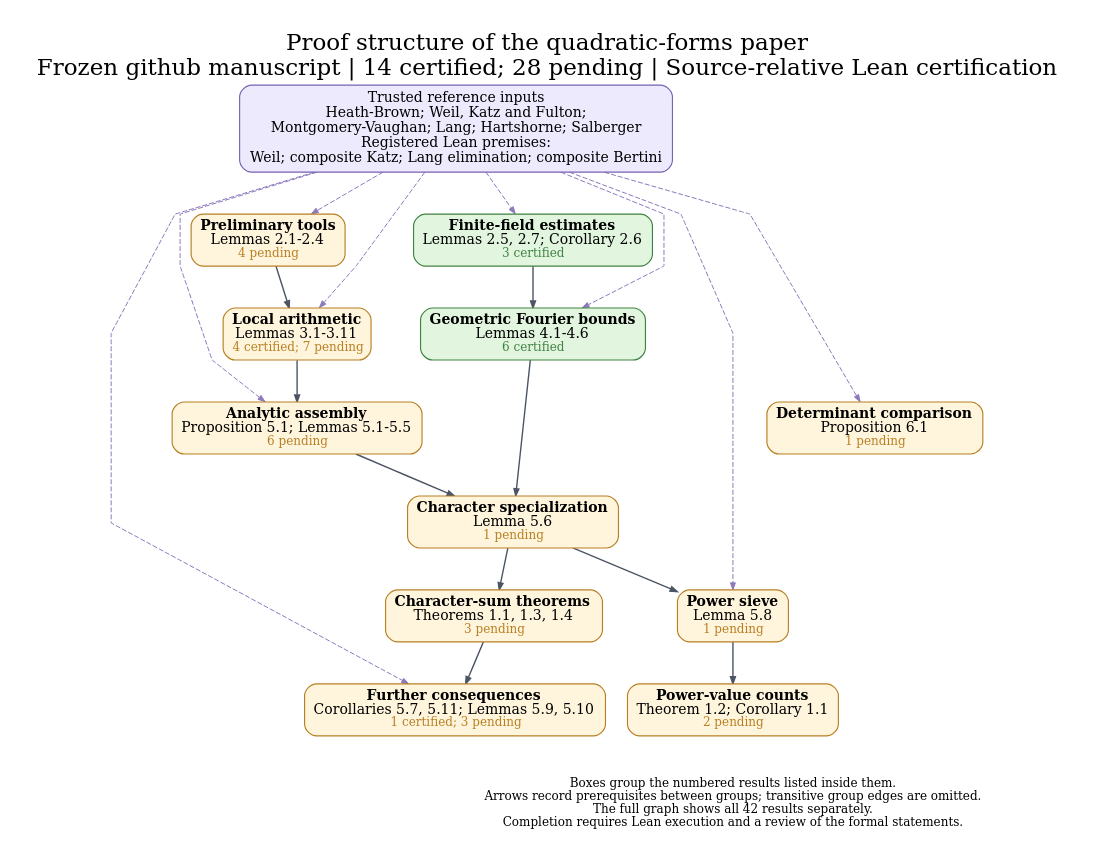
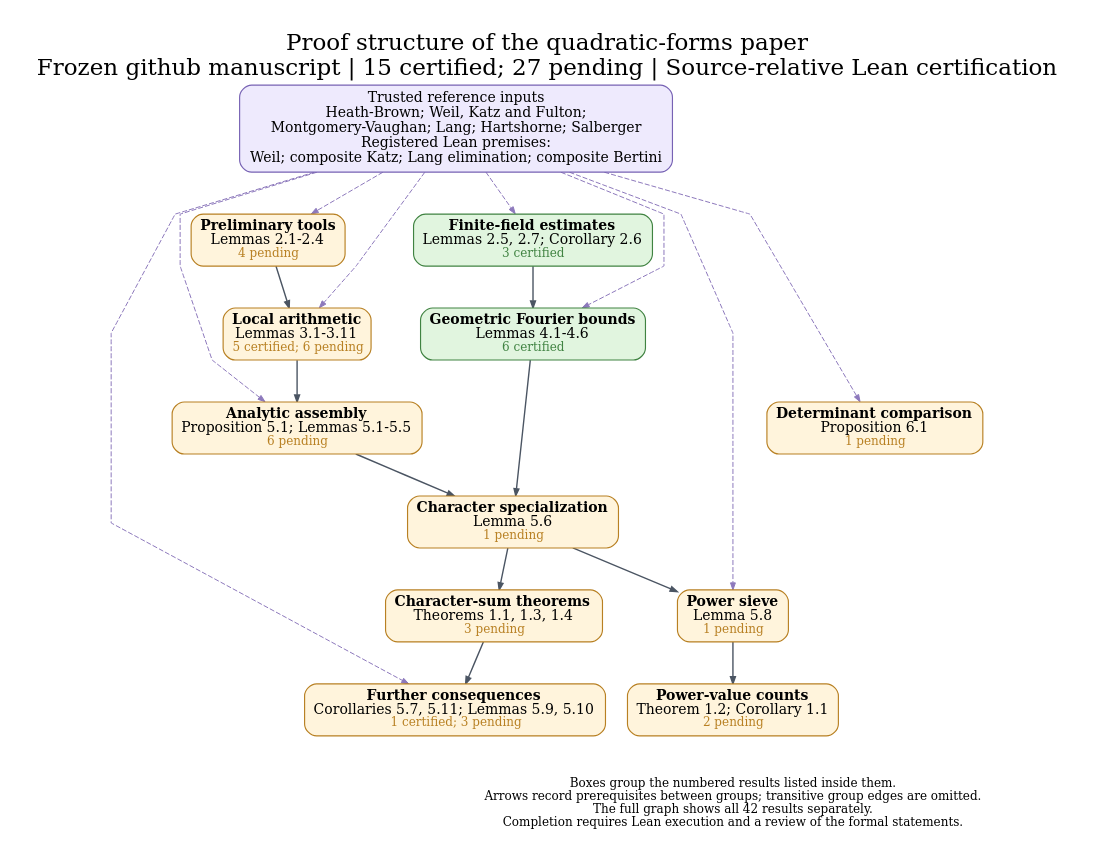
The diagram in docs/dependency_overview.dot (nicolasrobles/quaternary-quadratic-forms), drawn with Graphviz before and after one commit. The commit also changed 32 other files, not shown here.

```diff
--- a/docs/dependency_overview.dot
+++ b/docs/dependency_overview.dot
@@ -1,43 +1,43 @@
 digraph Overview {
 graph [rankdir=TB, newrank=true, compound=true, outputorder=edgesfirst,
   bgcolor="white", fontname="DejaVu Serif", fontsize=23, labelloc=t,
-  label="Proof structure of the quadratic-forms paper\nFrozen github manuscript | 14 certified; 28 pending | Source-relative Lean certification",
+  label="Proof structure of the quadratic-forms paper\nFrozen github manuscript | 15 certified; 27 pending | Source-relative Lean certification",
   nodesep=0.30, ranksep=0.58, pad=0.28, splines=polyline];
 node [shape=box, style="rounded,filled", fillcolor="#fff4dc", color="#b88023",
   fontname="DejaVu Serif", fontsize=14, penwidth=1.15, margin="0.12,0.09"];
 edge [color="#4b5563", arrowsize=0.70, penwidth=1.05];
 sources [label="Trusted reference inputs\nHeath-Brown; Weil, Katz and Fulton;\nMontgomery-Vaughan; Lang; Hartshorne; Salberger\nRegistered Lean premises:\nWeil; composite Katz; Lang elimination; composite Bertini", fillcolor="#eeeafd", color="#7762b4", fontsize=14];
 "prelim" [label=<<B>Preliminary tools</B><BR/>Lemmas 2.1-2.4<BR/><FONT POINT-SIZE="12" COLOR="#b88023">4 pending</FONT>>, fillcolor="#fff4dc", color="#b88023", URL="https://github.com/nicolasrobles/quaternary-quadratic-forms/blob/main/INVENTORY.md", target="_blank"];
 "finite" [label=<<B>Finite-field estimates</B><BR/>Lemmas 2.5, 2.7; Corollary 2.6<BR/><FONT POINT-SIZE="12" COLOR="#408342">3 certified</FONT>>, fillcolor="#e1f5df", color="#408342", URL="https://github.com/nicolasrobles/quaternary-quadratic-forms/blob/main/INVENTORY.md", target="_blank"];
-"local" [label=<<B>Local arithmetic</B><BR/>Lemmas 3.1-3.11<BR/><FONT POINT-SIZE="12" COLOR="#b88023">4 certified; 7 pending</FONT>>, fillcolor="#fff4dc", color="#b88023", URL="https://github.com/nicolasrobles/quaternary-quadratic-forms/blob/main/INVENTORY.md", target="_blank"];
+"local" [label=<<B>Local arithmetic</B><BR/>Lemmas 3.1-3.11<BR/><FONT POINT-SIZE="12" COLOR="#b88023">5 certified; 6 pending</FONT>>, fillcolor="#fff4dc", color="#b88023", URL="https://github.com/nicolasrobles/quaternary-quadratic-forms/blob/main/INVENTORY.md", target="_blank"];
 "fourier" [label=<<B>Geometric Fourier bounds</B><BR/>Lemmas 4.1-4.6<BR/><FONT POINT-SIZE="12" COLOR="#408342">6 certified</FONT>>, fillcolor="#e1f5df", color="#408342", URL="https://github.com/nicolasrobles/quaternary-quadratic-forms/blob/main/INVENTORY.md", target="_blank"];
 "analytic" [label=<<B>Analytic assembly</B><BR/>Proposition 5.1; Lemmas 5.1-5.5<BR/><FONT POINT-SIZE="12" COLOR="#b88023">6 pending</FONT>>, fillcolor="#fff4dc", color="#b88023", URL="https://github.com/nicolasrobles/quaternary-quadratic-forms/blob/main/INVENTORY.md", target="_blank"];
 "characters" [label=<<B>Character specialization</B><BR/>Lemma 5.6<BR/><FONT POINT-SIZE="12" COLOR="#b88023">1 pending</FONT>>, fillcolor="#fff4dc", color="#b88023", URL="https://github.com/nicolasrobles/quaternary-quadratic-forms/blob/main/INVENTORY.md", target="_blank"];
 "sieve" [label=<<B>Power sieve</B><BR/>Lemma 5.8<BR/><FONT POINT-SIZE="12" COLOR="#b88023">1 pending</FONT>>, fillcolor="#fff4dc", color="#b88023", URL="https://github.com/nicolasrobles/quaternary-quadratic-forms/blob/main/INVENTORY.md", target="_blank"];
 "consequences" [label=<<B>Further consequences</B><BR/>Corollaries 5.7, 5.11; Lemmas 5.9, 5.10<BR/><FONT POINT-SIZE="12" COLOR="#b88023">1 certified; 3 pending</FONT>>, fillcolor="#fff4dc", color="#b88023", URL="https://github.com/nicolasrobles/quaternary-quadratic-forms/blob/main/INVENTORY.md", target="_blank"];
 "maincharacters" [label=<<B>Character-sum theorems</B><BR/>Theorems 1.1, 1.3, 1.4<BR/><FONT POINT-SIZE="12" COLOR="#b88023">3 pending</FONT>>, fillcolor="#fff4dc", color="#b88023", URL="https://github.com/nicolasrobles/quaternary-quadratic-forms/blob/main/INVENTORY.md", target="_blank"];
 "mainpowers" [label=<<B>Power-value counts</B><BR/>Theorem 1.2; Corollary 1.1<BR/><FONT POINT-SIZE="12" COLOR="#b88023">2 pending</FONT>>, fillcolor="#fff4dc", color="#b88023", URL="https://github.com/nicolasrobles/quaternary-quadratic-forms/blob/main/INVENTORY.md", target="_blank"];
 "fixed" [label=<<B>Determinant comparison</B><BR/>Proposition 6.1<BR/><FONT POINT-SIZE="12" COLOR="#b88023">1 pending</FONT>>, fillcolor="#fff4dc", color="#b88023", URL="https://github.com/nicolasrobles/quaternary-quadratic-forms/blob/main/INVENTORY.md", target="_blank"];
 "analytic" -> "characters" [penwidth=1.4];
 "characters" -> "maincharacters" [penwidth=1.4];
 "characters" -> "sieve" [penwidth=1.4];
 "finite" -> "fourier" [penwidth=1.4];
 "fourier" -> "characters" [penwidth=1.4];
 "local" -> "analytic" [penwidth=1.4];
 "maincharacters" -> "consequences" [penwidth=1.4];
 "prelim" -> "local" [penwidth=1.4];
 "sieve" -> "mainpowers" [penwidth=1.4];
 sources -> "analytic" [style=dashed, color="#8d79bc", penwidth=1.0];
 sources -> "consequences" [style=dashed, color="#8d79bc", penwidth=1.0];
 sources -> "finite" [style=dashed, color="#8d79bc", penwidth=1.0];
 sources -> "fixed" [style=dashed, color="#8d79bc", penwidth=1.0];
 sources -> "fourier" [style=dashed, color="#8d79bc", penwidth=1.0];
 sources -> "local" [style=dashed, color="#8d79bc", penwidth=1.0];
 sources -> "prelim" [style=dashed, color="#8d79bc", penwidth=1.0];
 sources -> "sieve" [style=dashed, color="#8d79bc", penwidth=1.0];
 legend [shape=plain, style="", label="Boxes group the numbered results listed inside them.\nArrows record prerequisites between groups; transitive group edges are omitted.\nThe full graph shows all 42 results separately.\nCompletion requires Lean execution and a review of the formal statements.", fontsize=12];
 {rank=sink; legend;}
 "consequences" -> legend [style=invis];
 "fixed" -> legend [style=invis];
 "mainpowers" -> legend [style=invis];
 }
```
